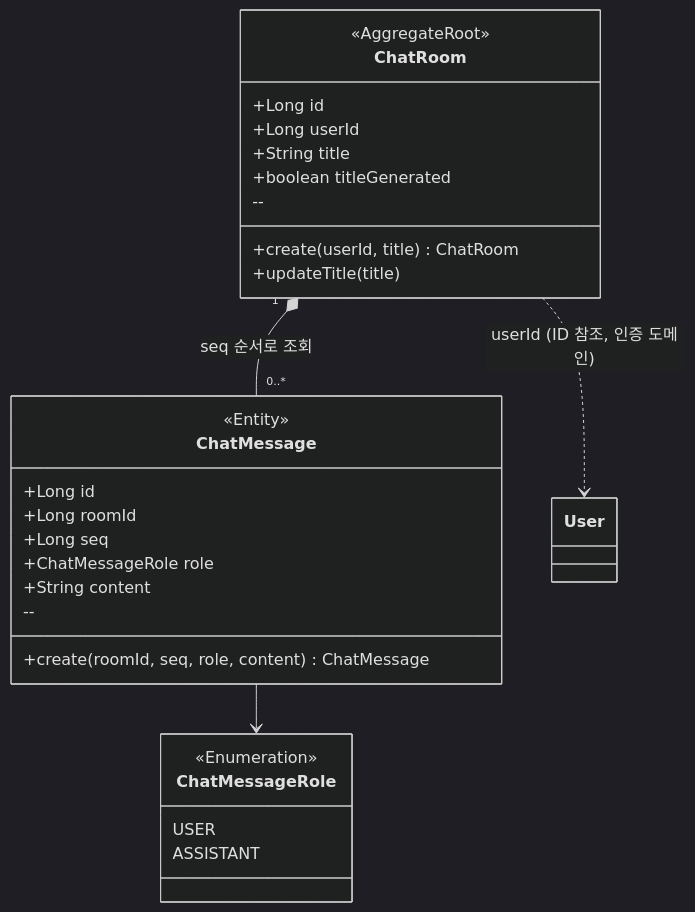
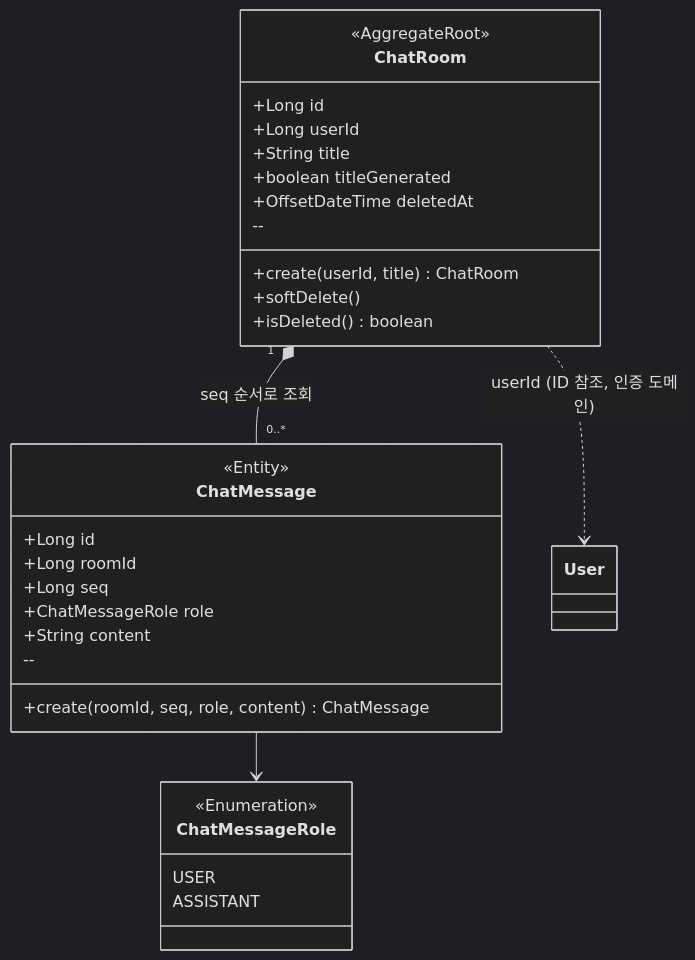
One commit to f-lab-edu/on-seoul changed the fourth of 8 diagrams in docs/domain-model.md. Above: the diagram before and after it, drawn with Mermaid (dark theme). The commit also changed other lines of this file and 2 other files, not shown here.

````diff
--- a/docs/domain-model.md
+++ b/docs/domain-model.md
@@ -226,34 +226,36 @@
 ```mermaid
 classDiagram
     class ChatRoom {
         <<AggregateRoot>>
         +Long id
         +Long userId
         +String title
         +boolean titleGenerated
+        +OffsetDateTime deletedAt
         --
         +create(userId, title) ChatRoom
-        +updateTitle(title)
+        +softDelete()
+        +isDeleted() boolean
     }
 
     class ChatMessage {
         <<Entity>>
         +Long id
         +Long roomId
         +Long seq
         +ChatMessageRole role
         +String content
         --
         +create(roomId, seq, role, content) ChatMessage
     }
 
     class ChatMessageRole {
         <<Enumeration>>
         USER
         ASSISTANT
     }
 
     ChatRoom "1" *-- "0..*" ChatMessage : seq 순서로 조회
     ChatMessage --> ChatMessageRole
     ChatRoom ..> User : userId (ID 참조, 인증 도메인)
 ```
````
